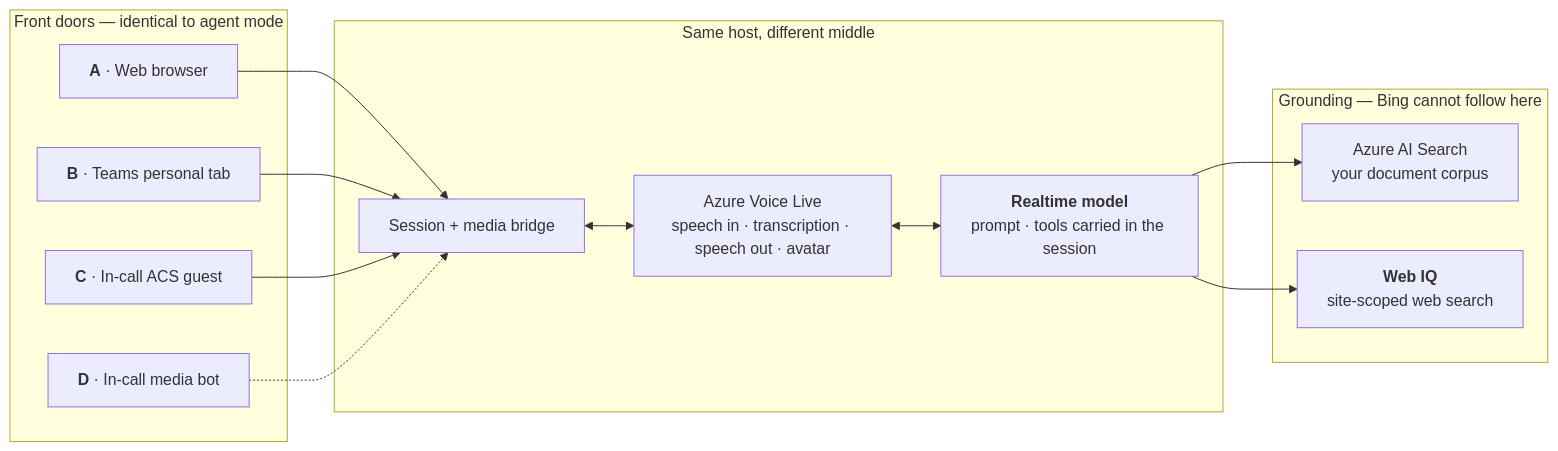
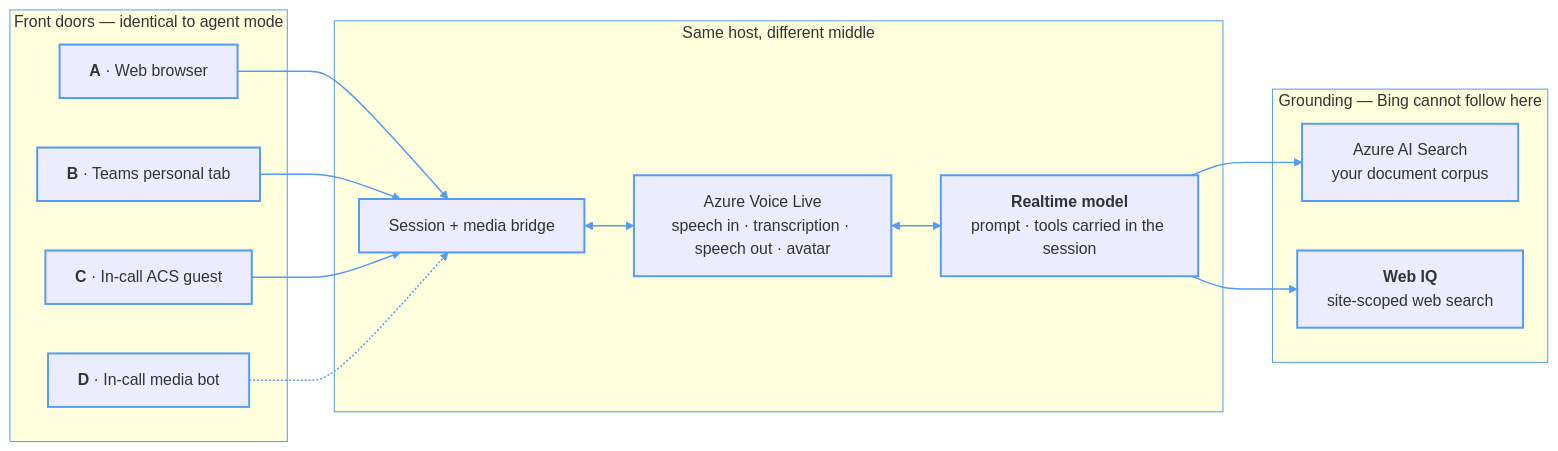
One commit to SridharArrabelly/avatar-forge changed the second of 2 diagrams in README.md. Above: the diagram before and after it, drawn with Mermaid. The commit also changed other lines of this file, not shown here.

Commit message:
docs(readme): give the diagrams a consistent blue on GitHub (#115)
GitHub themes mermaid to the reader's own light/dark colour mode, which
replaces mermaid's palette with GitHub's greys. VS Code renders with
mermaid's built-in dark theme instead, whose node border is blue — so the
same diagram arrives in two different colour schemes depending on where
it is read, and the GitHub one is the flatter of the two.

Pin the stroke on nodes, subgraphs and links so both renderers agree, and
so the connectors read as part of the same drawing as the boxes rather
than as neutral grey plumbing.

Only the stroke is pinned. Fill and text colour are deliberately left to
the renderer's theme: hardcoding those is what breaks a diagram for
readers on the opposite colour mode. Verified by rendering both diagrams
in mermaid dark and light themes — legible in both.

Verified with mermaid-cli 11.16, the version GitHub renders with: both
diagrams render at unchanged dimensions (1603x452 and 1565x452), with 32
stroke references applied each. tests/test_docs.py passes — 263 links,
18 mermaid blocks across 28 files.

Copilot-Session: 34e087ed-b4a1-4ca8-addc-2ea9ee5ed1d4

````diff
--- a/README.md
+++ b/README.md
@@ -69,29 +77,37 @@
 ```mermaid
 flowchart LR
     subgraph Doors2["Front doors — identical to agent mode"]
         A2["<b>A</b> · Web browser"]
         B2["<b>B</b> · Teams personal tab"]
         C2["<b>C</b> · In-call ACS guest"]
         D2["<b>D</b> · In-call media bot"]
     end
 
     subgraph Brain2["Same host, different middle"]
         API2["Session + media bridge"]
         VL2["Azure Voice Live<br/>speech in · transcription · speech out · avatar"]
         RT["<b>Realtime model</b><br/>prompt · tools carried in the session"]
         API2 <--> VL2
         VL2 <--> RT
     end
 
     subgraph Ground2["Grounding — Bing cannot follow here"]
         S2["Azure AI Search<br/>your document corpus"]
         W2["<b>Web IQ</b><br/>site-scoped web search"]
     end
 
     A2 --> API2
     B2 --> API2
     C2 --> API2
     D2 -.-> API2
     RT --> S2
     RT --> W2
+
+    %% Only the stroke is pinned. Fill and text stay with the renderer's theme,
+    %% so this reads correctly in GitHub's light and dark modes alike.
+    classDef default stroke:#539bf5,stroke-width:2px
+    linkStyle default stroke:#539bf5,stroke-width:1.5px
+    style Doors2 stroke:#539bf5
+    style Brain2 stroke:#539bf5
+    style Ground2 stroke:#539bf5
 ```
````
